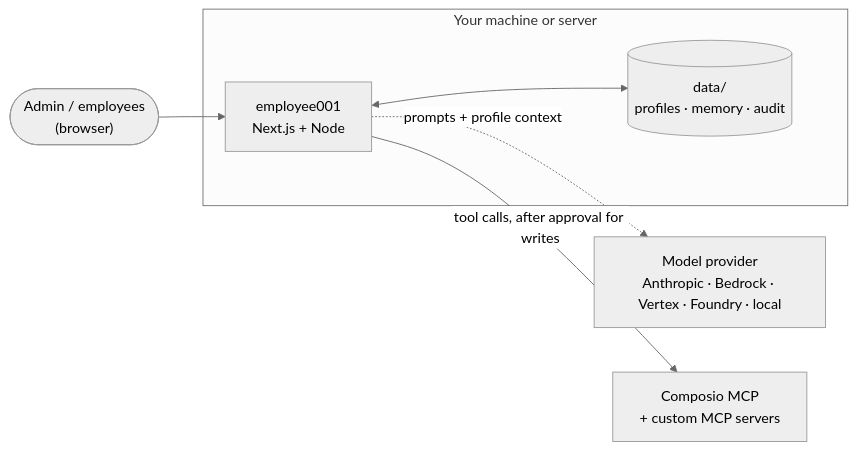
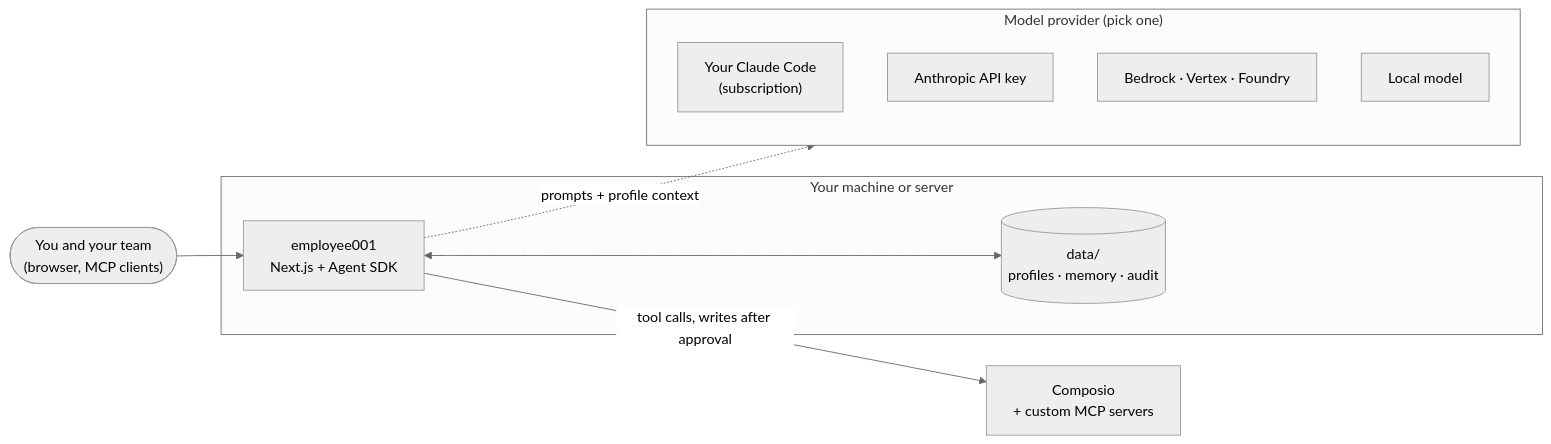
Before and after one commit to dolevhayut/Employee001: the second of 2 diagrams in README.md, drawn with Mermaid (neutral theme). The commit also changed other lines of this file and 9 other files, not shown here.

````diff
--- a/README.md
+++ b/README.md
@@ -334,15 +329,20 @@
 ```mermaid
 flowchart LR
-    Admin(["Admin / employees<br/>(browser)"])
+    People(["You and your team<br/>(browser, MCP clients)"])
     subgraph local ["Your machine or server"]
-        Server["employee001<br/>Next.js + Node"]
+        Server["employee001<br/>Next.js + Agent SDK"]
         Data[("data/<br/>profiles · memory · audit")]
         Server <--> Data
     end
-    Model["Model provider<br/>Anthropic · Bedrock · Vertex · Foundry · local"]
-    Composio["Composio MCP<br/>+ custom MCP servers"]
+    subgraph models ["Model provider (pick one)"]
+        CC["Your Claude Code<br/>(subscription)"]
+        API["Anthropic API key"]
+        Cloud["Bedrock · Vertex · Foundry"]
+        Local["Local model"]
+    end
+    Tools["Composio<br/>+ custom MCP servers"]
 
-    Admin --> Server
-    Server -.->|prompts + profile context| Model
-    Server -->|tool calls, after approval for writes| Composio
+    People --> Server
+    Server -.->|prompts + profile context| models
+    Server -->|tool calls, writes after approval| Tools
 ```
````
